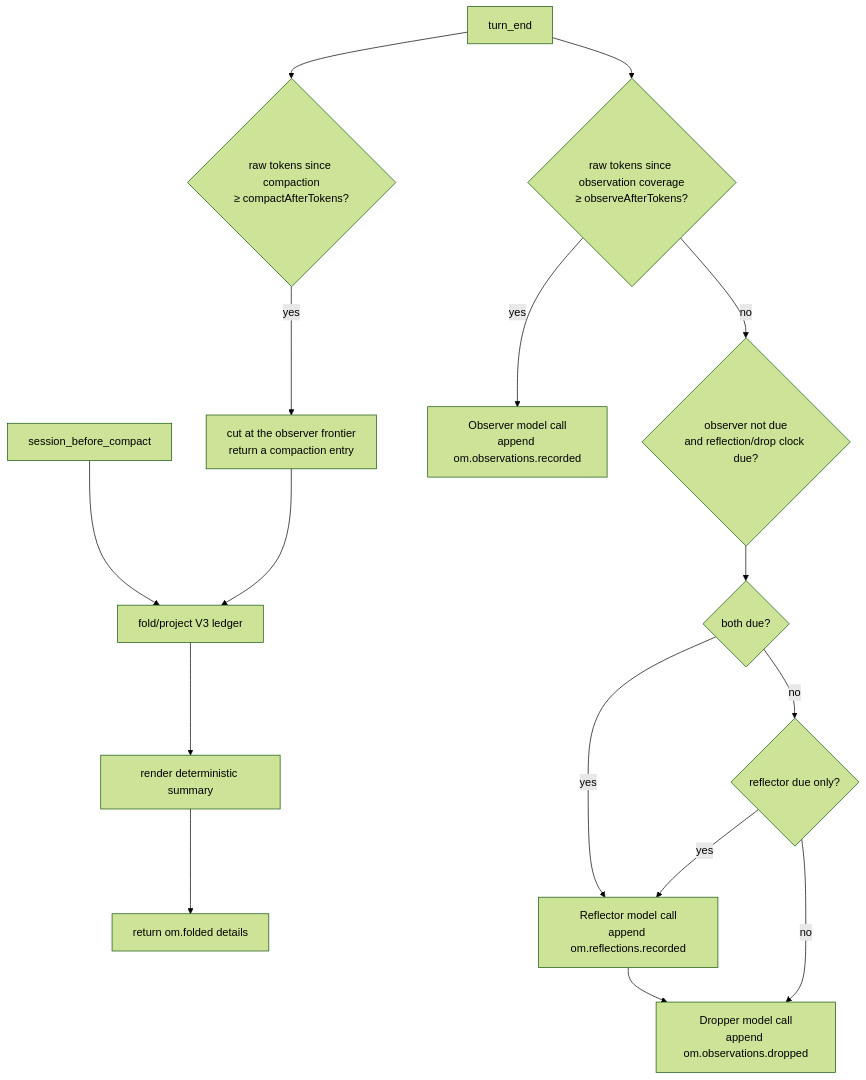
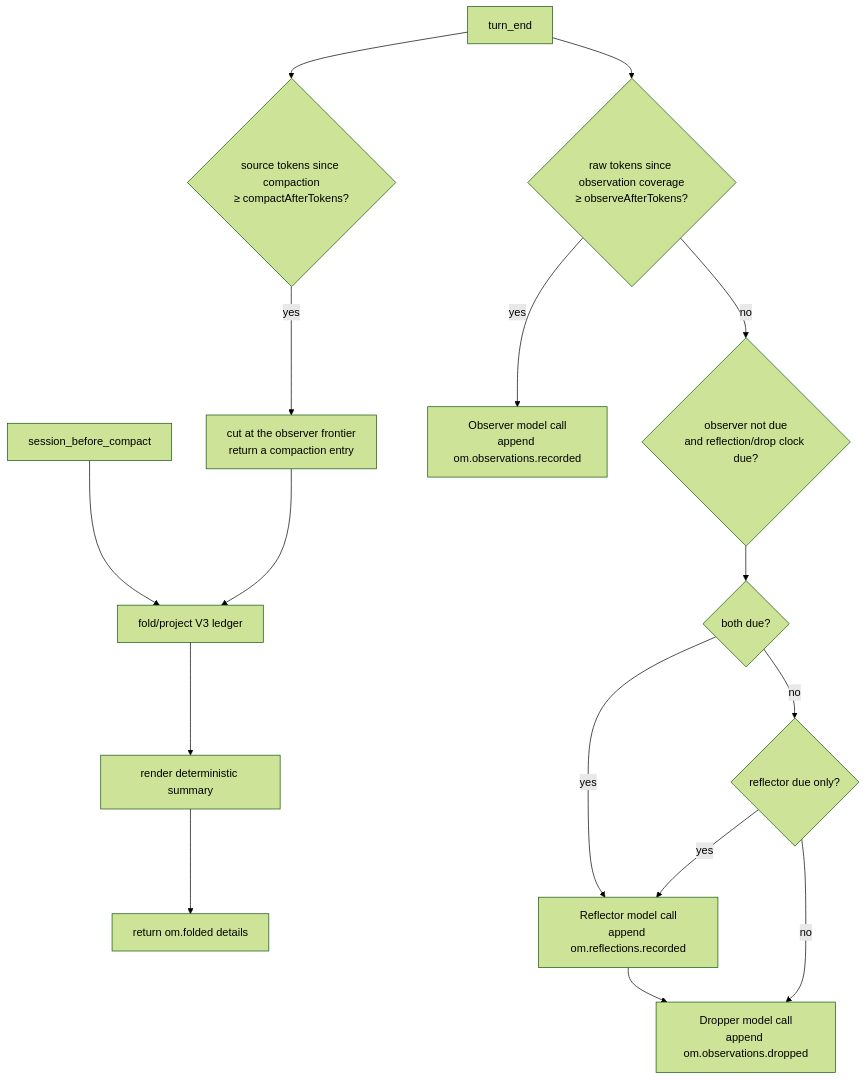
One commit to jakvbs/pi changed the diagram in extensions/observational-memory/docs/how-it-works.md. Above: the diagram before and after it, drawn with Mermaid (forest theme). The commit also changed other lines of this file and 9 other files, not shown here.

````diff
--- a/extensions/observational-memory/docs/how-it-works.md
+++ b/extensions/observational-memory/docs/how-it-works.md
@@ -23,34 +23,34 @@
 ```mermaid
 flowchart TD
     TE[turn_end]
     SBC[session_before_compact]
 
     ObsDue{raw tokens since observation coverage<br/>≥ observeAfterTokens?}
     Observer[Observer model call<br/>append om.observations.recorded]
 
     ReflectDropDue{observer not due<br/>and reflection/drop clock due?}
     BothDue{both due?}
     ReflectorOnly{reflector due only?}
     Reflector[Reflector model call<br/>append om.reflections.recorded]
     Dropper[Dropper model call<br/>append om.observations.dropped]
 
-    ActivateDue{raw tokens since compaction<br/>≥ compactAfterTokens?}
+    ActivateDue{source tokens since compaction<br/>≥ compactAfterTokens?}
     Activate[cut at the observer frontier<br/>return a compaction entry]
 
     Fold[fold/project V3 ledger]
     Render[render deterministic summary]
     Details[return om.folded details]
 
     TE --> ActivateDue
     ActivateDue -- yes --> Activate --> Fold
     TE --> ObsDue
     ObsDue -- yes --> Observer
     ObsDue -- no --> ReflectDropDue
     ReflectDropDue --> BothDue
     BothDue -- yes --> Reflector --> Dropper
     BothDue -- no --> ReflectorOnly
     ReflectorOnly -- yes --> Reflector
     ReflectorOnly -- no --> Dropper
 
     SBC --> Fold --> Render --> Details
 ```
````
